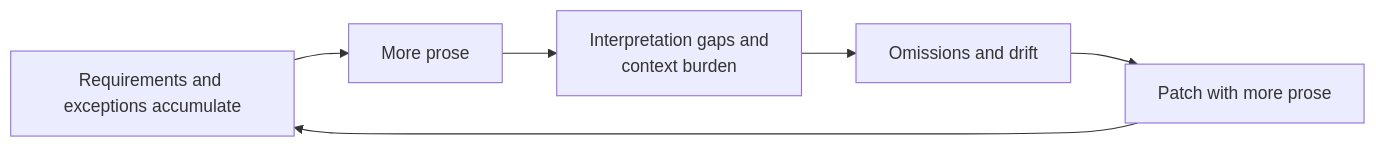
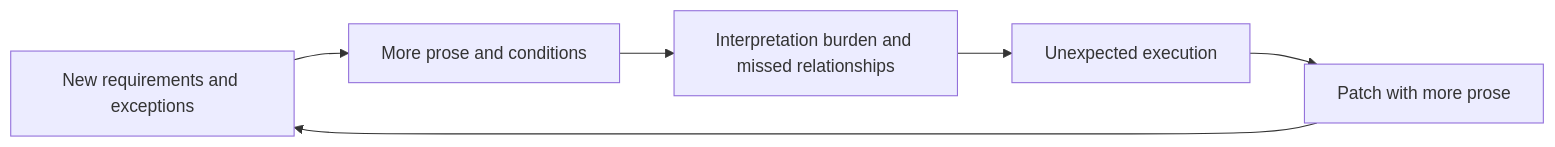
One commit to nanomia-ai/skill-rails changed the first of 2 diagrams in README.md. Above: the diagram before and after it, drawn with Mermaid. The commit also changed other lines of this file and 1 other file, not shown here.

````diff
--- a/README.md
+++ b/README.md
@@ -23,8 +25,8 @@
 ```mermaid
 flowchart LR
-    A["Requirements and exceptions accumulate"] --> B["More prose"]
-    B --> C["Interpretation gaps and<br/>context burden"]
-    C --> D["Omissions and drift"]
+    A["New requirements and exceptions"] --> B["More prose and conditions"]
+    B --> C["Interpretation burden and missed relationships"]
+    C --> D["Unexpected execution"]
     D --> E["Patch with more prose"]
     E --> A
 ```
````
